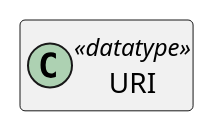
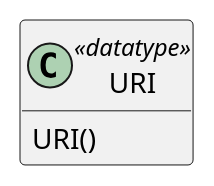
One commit to sandflow/otio-core-specification changed diagram 28 of 32 in src/main/md/otio-core.md. Above: the diagram before and after it, drawn with PlantUML. The commit also changed other lines of this file, not shown here.

````diff
--- a/src/main/md/otio-core.md
+++ b/src/main/md/otio-core.md
@@ -1721,9 +1715,11 @@
 ```puml
 @startuml
 hide empty members
 skinparam classAttributeIconSize 0
 
-class URI <<datatype>>
+class URI <<datatype>> {
+  URI()
+}
 
 @enduml
 ```
````
